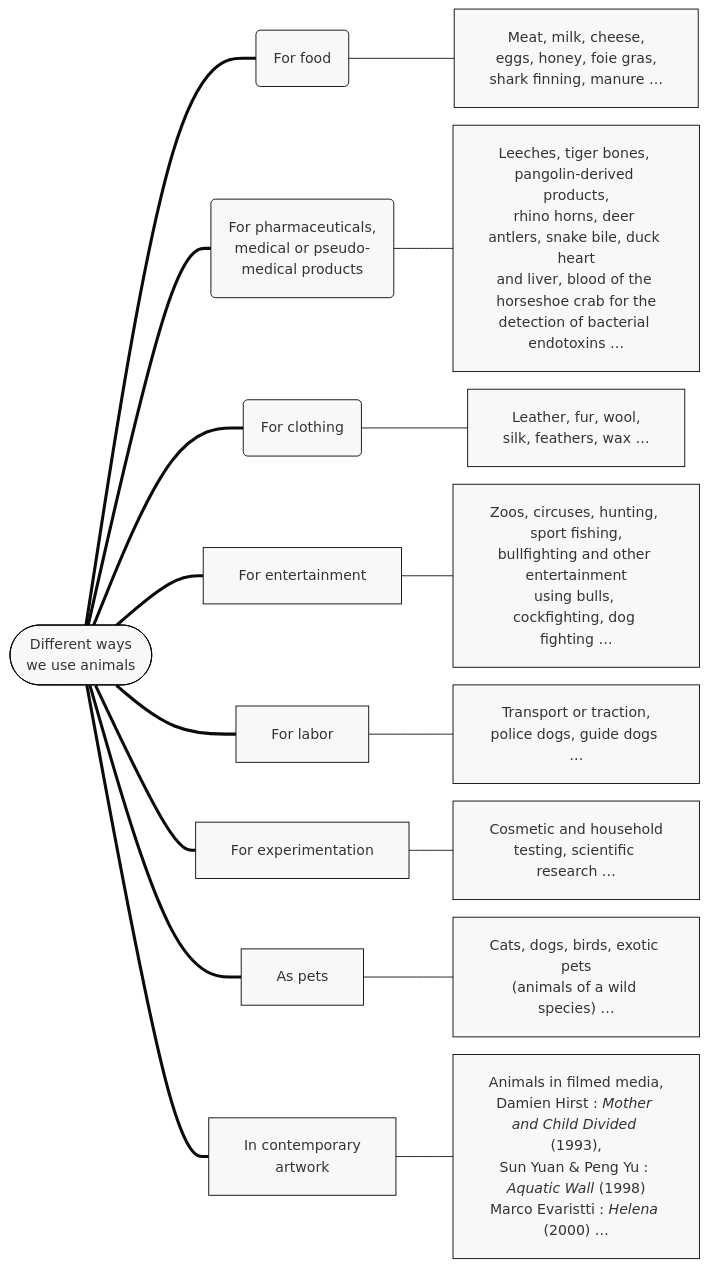
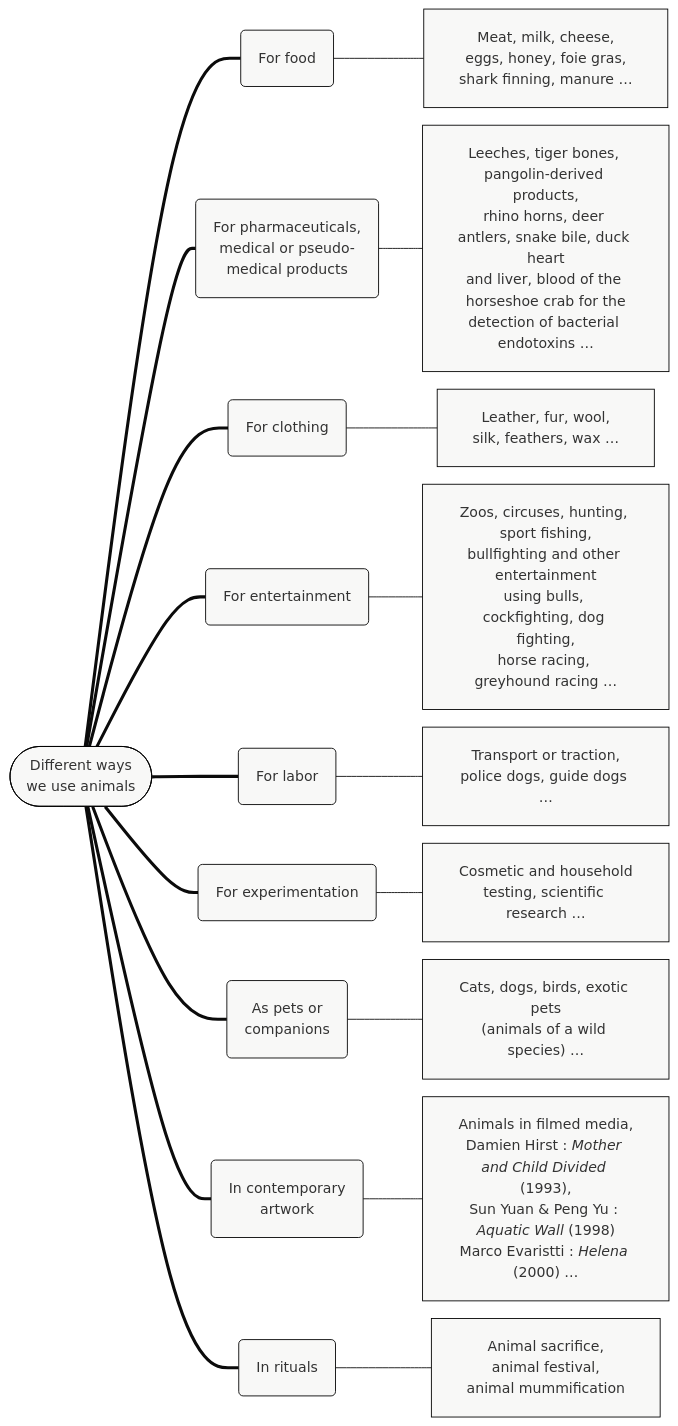
Before and after one commit to eyssette/cours: the diagram in dnl22/src/1T-I-Animal-ethics.md, drawn with Mermaid. The commit also changed 4 other files, not shown here.

````diff
--- a/dnl22/src/1T-I-Animal-ethics.md
+++ b/dnl22/src/1T-I-Animal-ethics.md
@@ -11,48 +11,55 @@
 ```mermaid
 %%{init{"theme":"base","themeCSS":"* {line-height:1.25em!important; font-size:20px; text-align:left!important;} g[id*=\"A\"] span {font-size:1.01em; color:white; display:block; text-align:center!important} g[id*=\"A\"] rect {fill:black}  g[id*=\"V\"] * {} g[id*=\"B\"] span {font-size:0.9em; color:white; display:block; text-align:center!important} g[id*=\"B\"] rect {fill:#6f0000; stroke:transparent} g[id*=\"C\"] rect {fill:white; stroke:grey} g[id*=\"C\"] span {font-size:0.75em; display:block;} g[id*=\"C\"] i {font-size:0.95em} g[id*=\"D\"] span, g[id*=\"E\"] span {font-size:0.7em; display:block;} g[id*=\"D\"] rect, g[id*=\"E\"] rect {stroke:transparent!important}.edge-thickness-normal{stroke-width:1px; stroke:#999;} .edge-thickness-thick{stroke-width:1px!important;} .edge-pattern-dotted{stroke:transparent}","themeVariables":{"secondaryColor":"white","primaryColor":"hsl(60,9%,97%)","primaryBorderColor":"black"},"flowchart":{"htmlLabels":true,"padding":20,"rankSpacing":50,"nodeSpacing":20}} }%%
 flowchart LR
 A1(["Different ways<br>we use animals"])
 
 B1("For food")
 B2("For pharmaceuticals, <br>medical or pseudo-<br>medical products")
 B3("For clothing")
-B4["For entertainment"]
-B5["For labor"]
-B6["For experimentation"]
-B7["As pets"]
-B8["In contemporary<br>artwork"]
+B4("For entertainment")
+B5("For labor")
+B6("For experimentation")
+B7("As pets or
+companions")
+B8("In contemporary<br>artwork")
+B9("In rituals")
 
 C1["Meat, milk, cheese,
 eggs, honey, foie gras,
 shark finning, manure …"]
 C2["Leeches, tiger bones, pangolin-derived products,
 rhino horns, deer antlers, snake bile, duck heart
 and liver, blood of the horseshoe crab for the
 detection of bacterial endotoxins …"]
 C3["Leather, fur, wool,
 silk, feathers, wax …"]
 C4["Zoos, circuses, hunting, sport fishing,
 bullfighting and other entertainment
-using bulls, cockfighting, dog fighting …"]
+using bulls, cockfighting, dog fighting,
+horse racing, greyhound racing …"]
 C5["Transport or traction,
 police dogs, guide dogs …"]
 C6["Cosmetic and household
 testing, scientific research …"]
 C7["Cats, dogs, birds, exotic pets
 (animals of a wild species) …"]
 C8["Animals in filmed media,
 Damien Hirst : <i>Mother and Child Divided</i> (1993),
 Sun Yuan & Peng Yu : <i>Aquatic Wall</i> (1998)
 Marco Evaristti : <i>Helena</i> (2000) …"]
+C9["Animal sacrifice,
+animal festival,
+animal mummification"]
 
 B1 --- C1
 B2 --- C2
 B3 --- C3
 B4 --- C4
 B5 --- C5
 B6 --- C6
 B7 --- C7
 B8 --- C8
+B9 --- C9
 
-A1 === B1 & B2 & B3 & B4 & B5 & B6 & B7 & B8
+A1 === B1 & B2 & B3 & B4 & B5 & B6 & B7 & B8 & B9
 ```
````
